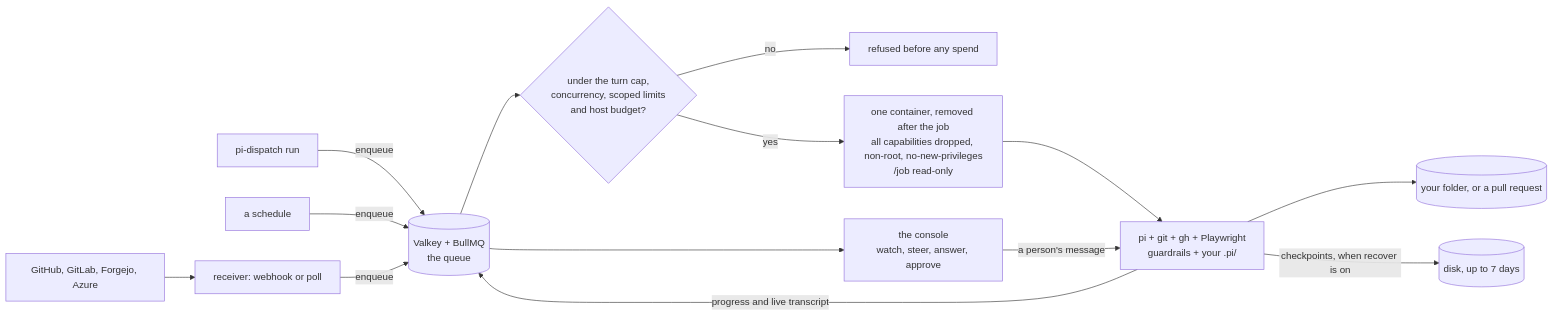
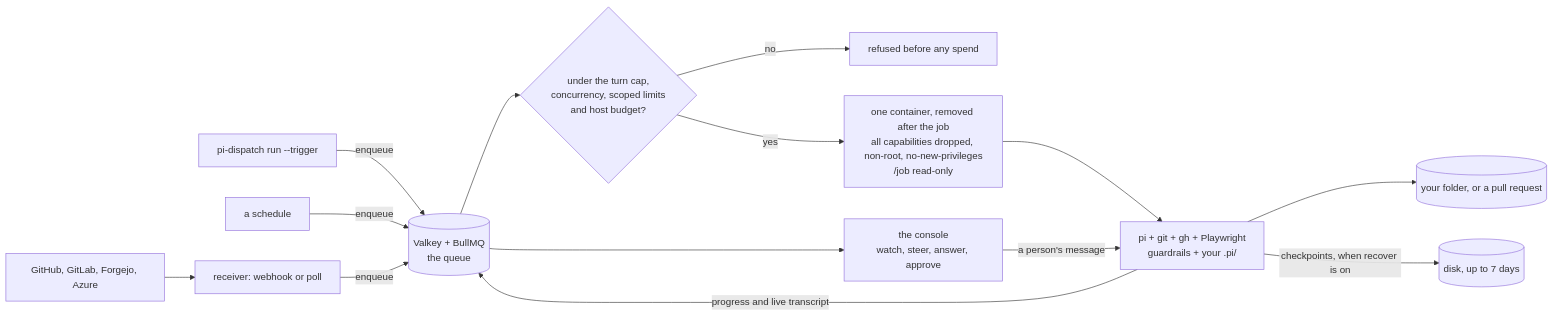
One commit to ddv12138/pi-dispatch changed the diagram in README.md. Above: the diagram before and after it, drawn with Mermaid. The commit also changed other lines of this file and 5 other files, not shown here.

````diff
--- a/README.md
+++ b/README.md
@@ -441,15 +491,15 @@
 ```mermaid
 flowchart LR
-  CLI["pi-dispatch run"] -->|enqueue| Q
+  CLI["pi-dispatch run --trigger"] -->|enqueue| Q
   CRON["a schedule"] -->|enqueue| Q
   FORGE["GitHub, GitLab, Forgejo, Azure"] --> R["receiver: webhook or poll"] -->|enqueue| Q
   Q[("Valkey + BullMQ<br/>the queue")] --> B{"under the turn cap,<br/>concurrency, scoped limits<br/>and host budget?"}
   B -->|no| STOP["refused before any spend"]
   B -->|yes| C["one container, removed after the job<br/>all capabilities dropped, non-root, no-new-privileges<br/>/job read-only"]
   C --> PI["pi + git + gh + Playwright<br/>guardrails + your .pi/"]
   PI --> OUT[("your folder, or a pull request")]
   PI -->|"checkpoints, when recover is on"| DISK[("disk, up to 7 days")]
   PI -->|"progress and live transcript"| Q
   Q --> CON["the console<br/>watch, steer, answer, approve"]
   CON -->|"a person's message"| PI
 ```
````
